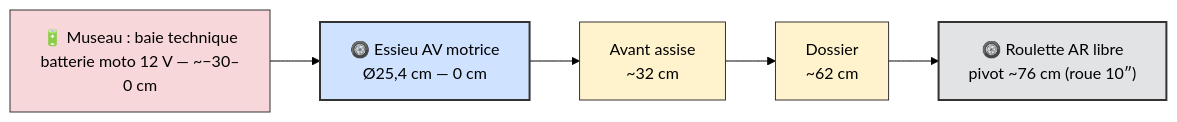
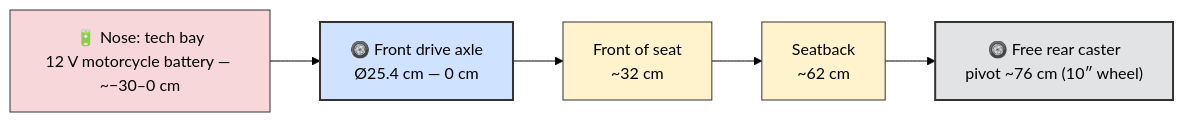
One commit to pinkymaxou/powered-soapbox-car changed the second of 10 diagrams in README.md. Above: the diagram before and after it, drawn with Mermaid (forest theme). The commit also changed other lines of this file and 49 other files, not shown here.

````diff
--- a/README.md
+++ b/README.md
@@ -168,19 +168,19 @@
 ```mermaid
 flowchart LR
-    BAY["🔋 Museau : baie technique<br/>batterie moto 12 V — ~−30–0 cm"]
-    AV["🛞 Essieu AV motrice<br/>Ø25,4 cm — 0 cm"]
-    ASS["Avant assise<br/>~32 cm"]
-    DOS["Dossier<br/>~62 cm"]
-    AR["🛞 Roulette AR libre<br/>pivot ~76 cm (roue 10″)"]
+    BAY["🔋 Nose: tech bay<br/>12 V motorcycle battery — ~−30–0 cm"]
+    AV["🛞 Front drive axle<br/>Ø25.4 cm — 0 cm"]
+    ASS["Front of seat<br/>~32 cm"]
+    DOS["Seatback<br/>~62 cm"]
+    AR["🛞 Free rear caster<br/>pivot ~76 cm (10″ wheel)"]
 
     BAY --> AV --> ASS --> DOS --> AR
 
     classDef axe fill:#cfe2ff,stroke:#333,stroke-width:2px;
     classDef caster fill:#e2e3e5,stroke:#333,stroke-width:2px;
     classDef ergo fill:#fff3cd,stroke:#333;
     classDef elec fill:#f8d7da,stroke:#333;
     class AV axe;
     class AR caster;
     class ASS,DOS ergo;
     class BAY elec;
 ```
````
